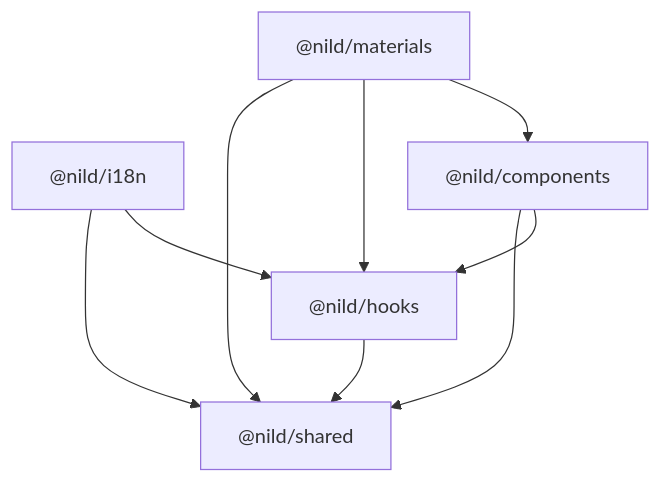
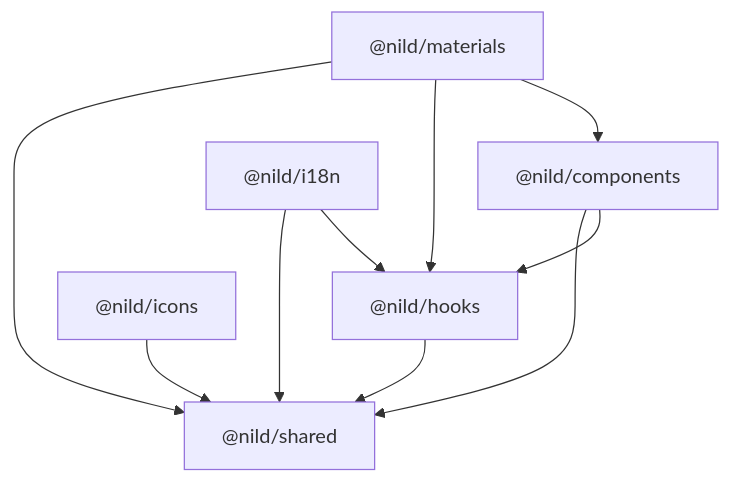
The diagram in docs/zh-CN/guide/quick-start.md (nil-design/nil-design), drawn with Mermaid before and after one commit. The commit also changed other lines of this file, not shown here.

````diff
--- a/docs/zh-CN/guide/quick-start.md
+++ b/docs/zh-CN/guide/quick-start.md
@@ -14,17 +14,19 @@
 ```mermaid
 flowchart TD
-  shared["@nild/shared"]
+  components["@nild/components"]
   hooks["@nild/hooks"]
   i18n["@nild/i18n"]
-  components["@nild/components"]
+  icons["@nild/icons"]
   materials["@nild/materials"]
+  shared["@nild/shared"]
 
   hooks --> shared
   i18n --> shared
   i18n --> hooks
+  icons --> shared
   components --> shared
   components --> hooks
   materials --> shared
   materials --> hooks
   materials --> components
 ```
````
